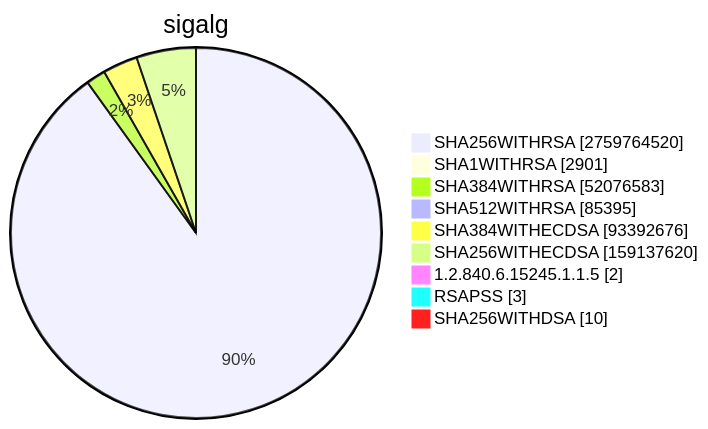
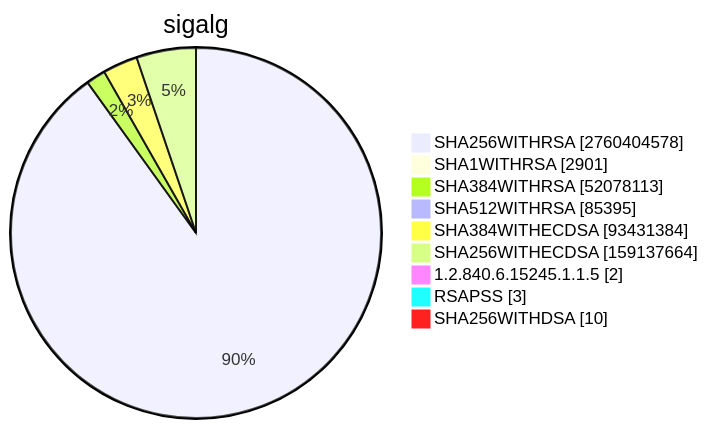
Before and after one commit to christiankrug/ctmonitor_visualization: diagram 15 of 15 in TOTAL/README.md, drawn with Mermaid. The commit also changed other lines of this file, not shown here.

````diff
--- a/TOTAL/README.md
+++ b/TOTAL/README.md
@@ -6205,13 +6205,13 @@
 ```mermaid
 pie showData
 title sigalg
-"SHA256WITHRSA" :2759764520
+"SHA256WITHRSA" :2760404578
 "SHA1WITHRSA" :2901
-"SHA384WITHRSA" :52076583
+"SHA384WITHRSA" :52078113
 "SHA512WITHRSA" :85395
-"SHA384WITHECDSA" :93392676
-"SHA256WITHECDSA" :159137620
+"SHA384WITHECDSA" :93431384
+"SHA256WITHECDSA" :159137664
 "1.2.840.6.15245.1.1.5" :2
 "RSAPSS" :3
 "SHA256WITHDSA" :10
 ```
````
